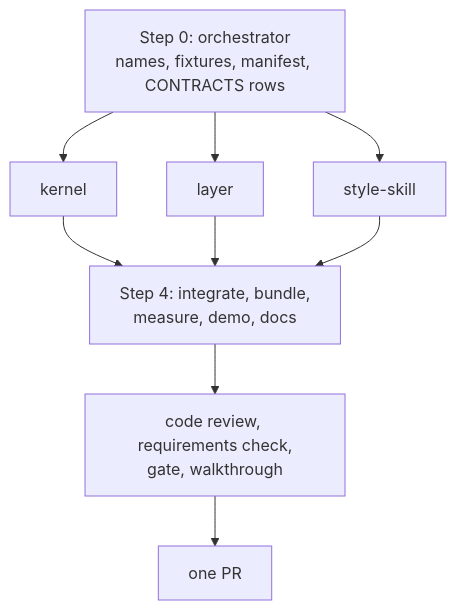
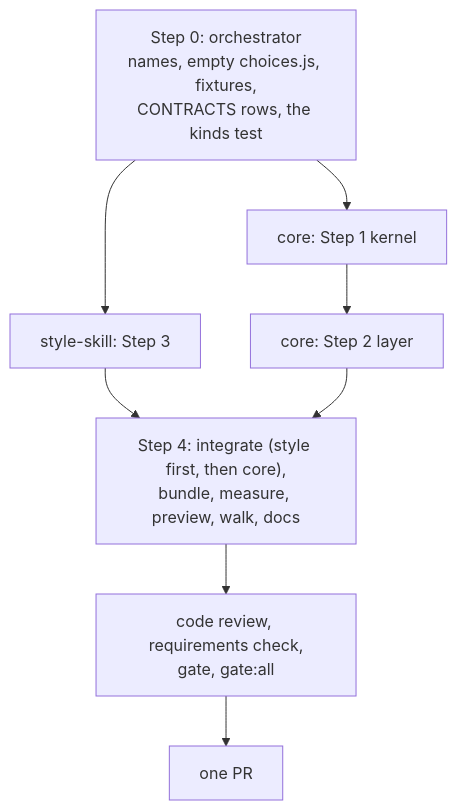
The diagram in docs/features/20261013.01_choice_buttons/03_plan_choice_buttons.md (kenxle/live-agentic-html-editor), drawn with Mermaid before and after one commit. The commit also changed other lines of this file and 3 other files, not shown here.

Commit message:
Choice buttons: plan review folded in (16 findings), architecture back-patched, two builders dispatched

````diff
--- a/docs/features/20261013.01_choice_buttons/03_plan_choice_buttons.md
+++ b/docs/features/20261013.01_choice_buttons/03_plan_choice_buttons.md
@@ -13,10 +12,9 @@
 ```mermaid
 flowchart TD
-    S0["Step 0: orchestrator<br/>names, fixtures, manifest, CONTRACTS rows"] --> K["kernel"]
-    S0 --> L["layer"]
-    S0 --> T["style-skill"]
-    K --> I["Step 4: integrate, bundle,<br/>measure, demo, docs"]
-    L --> I
-    T --> I
-    I --> R["code review, requirements check,<br/>gate, walkthrough"] --> P["one PR"]
+    S0["Step 0: orchestrator<br/>names, empty choices.js, fixtures,<br/>CONTRACTS rows, the kinds test"] --> C1["core: Step 1 kernel"]
+    C1 --> C2["core: Step 2 layer"]
+    S0 --> T["style-skill: Step 3"]
+    T --> I["Step 4: integrate (style first, then core),<br/>bundle, measure, preview, walk, docs"]
+    C2 --> I
+    I --> R["code review, requirements check,<br/>gate, gate:all"] --> P["one PR"]
 ```
````
